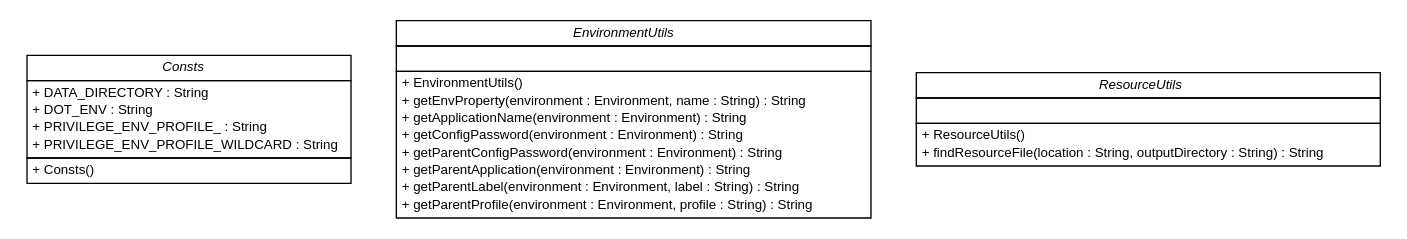
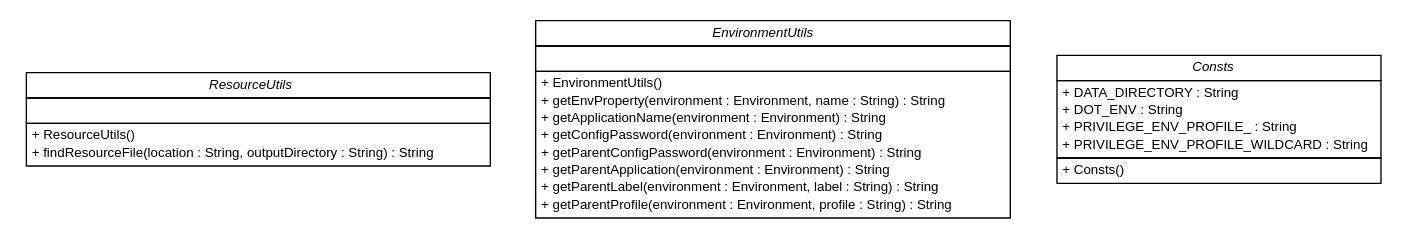
The diagram in release/build-docker/spring-cloud-config/spring-cloud-config-server/apidocs/cn/home1/cloud/config/server/util/cn.home1.cloud.config.server.util.dot (cloud-ready/cloud-ready), drawn with Graphviz before and after one commit. The commit also changed 185 other files, not shown here.

Commit message:
Creating site for spring-cloud-config-server-1.0.1.U1

```diff
--- a/release/build-docker/spring-cloud-config/spring-cloud-config-server/apidocs/cn/home1/cloud/config/server/util/cn.home1.cloud.config.server.util.dot
+++ b/release/build-docker/spring-cloud-config/spring-cloud-config-server/apidocs/cn/home1/cloud/config/server/util/cn.home1.cloud.config.server.util.dot
@@ -1,59 +1,59 @@
 #!/usr/local/bin/dot
 #
 # Class diagram 
 # Generated by UMLGraph version R5_6-24-gf6e263 (http://www.umlgraph.org/)
 #
 
 digraph G {
 	edge [fontname="Helvetica",fontsize=10,labelfontname="Helvetica",labelfontsize=10];
 	node [fontname="Helvetica",fontsize=10,shape=plaintext];
 	nodesep=0.25;
 	ranksep=0.5;
-	// cn.home1.cloud.config.server.util.Consts
-	c0 [label=<<table title="cn.home1.cloud.config.server.util.Consts" border="0" cellborder="1" cellspacing="0" cellpadding="2" port="p" href="./Consts.html">
+	// cn.home1.cloud.config.server.util.ResourceUtils
+	c19 [label=<<table title="cn.home1.cloud.config.server.util.ResourceUtils" border="0" cellborder="1" cellspacing="0" cellpadding="2" port="p" href="./ResourceUtils.html">
 		<tr><td><table border="0" cellspacing="0" cellpadding="1">
-<tr><td align="center" balign="center"><font face="Helvetica-Oblique"> Consts </font></td></tr>
+<tr><td align="center" balign="center"><font face="Helvetica-Oblique"> ResourceUtils </font></td></tr>
 		</table></td></tr>
 		<tr><td><table border="0" cellspacing="0" cellpadding="1">
-<tr><td align="left" balign="left"> + DATA_DIRECTORY : String </td></tr>
-<tr><td align="left" balign="left"> + DOT_ENV : String </td></tr>
-<tr><td align="left" balign="left"> + PRIVILEGE_ENV_PROFILE_ : String </td></tr>
-<tr><td align="left" balign="left"> + PRIVILEGE_ENV_PROFILE_WILDCARD : String </td></tr>
+<tr><td align="left" balign="left">  </td></tr>
 		</table></td></tr>
 		<tr><td><table border="0" cellspacing="0" cellpadding="1">
-<tr><td align="left" balign="left"> + Consts() </td></tr>
+<tr><td align="left" balign="left"> + ResourceUtils() </td></tr>
+<tr><td align="left" balign="left"> + findResourceFile(location : String, outputDirectory : String) : String </td></tr>
 		</table></td></tr>
-		</table>>, URL="./Consts.html", fontname="Helvetica", fontcolor="black", fontsize=10.0];
+		</table>>, URL="./ResourceUtils.html", fontname="Helvetica", fontcolor="black", fontsize=10.0];
 	// cn.home1.cloud.config.server.util.EnvironmentUtils
-	c1 [label=<<table title="cn.home1.cloud.config.server.util.EnvironmentUtils" border="0" cellborder="1" cellspacing="0" cellpadding="2" port="p" href="./EnvironmentUtils.html">
+	c20 [label=<<table title="cn.home1.cloud.config.server.util.EnvironmentUtils" border="0" cellborder="1" cellspacing="0" cellpadding="2" port="p" href="./EnvironmentUtils.html">
 		<tr><td><table border="0" cellspacing="0" cellpadding="1">
 <tr><td align="center" balign="center"><font face="Helvetica-Oblique"> EnvironmentUtils </font></td></tr>
 		</table></td></tr>
 		<tr><td><table border="0" cellspacing="0" cellpadding="1">
 <tr><td align="left" balign="left">  </td></tr>
 		</table></td></tr>
 		<tr><td><table border="0" cellspacing="0" cellpadding="1">
 <tr><td align="left" balign="left"> + EnvironmentUtils() </td></tr>
 <tr><td align="left" balign="left"> + getEnvProperty(environment : Environment, name : String) : String </td></tr>
 <tr><td align="left" balign="left"> + getApplicationName(environment : Environment) : String </td></tr>
 <tr><td align="left" balign="left"> + getConfigPassword(environment : Environment) : String </td></tr>
 <tr><td align="left" balign="left"> + getParentConfigPassword(environment : Environment) : String </td></tr>
 <tr><td align="left" balign="left"> + getParentApplication(environment : Environment) : String </td></tr>
 <tr><td align="left" balign="left"> + getParentLabel(environment : Environment, label : String) : String </td></tr>
 <tr><td align="left" balign="left"> + getParentProfile(environment : Environment, profile : String) : String </td></tr>
 		</table></td></tr>
 		</table>>, URL="./EnvironmentUtils.html", fontname="Helvetica", fontcolor="black", fontsize=10.0];
-	// cn.home1.cloud.config.server.util.ResourceUtils
-	c2 [label=<<table title="cn.home1.cloud.config.server.util.ResourceUtils" border="0" cellborder="1" cellspacing="0" cellpadding="2" port="p" href="./ResourceUtils.html">
+	// cn.home1.cloud.config.server.util.Consts
+	c21 [label=<<table title="cn.home1.cloud.config.server.util.Consts" border="0" cellborder="1" cellspacing="0" cellpadding="2" port="p" href="./Consts.html">
 		<tr><td><table border="0" cellspacing="0" cellpadding="1">
-<tr><td align="center" balign="center"><font face="Helvetica-Oblique"> ResourceUtils </font></td></tr>
+<tr><td align="center" balign="center"><font face="Helvetica-Oblique"> Consts </font></td></tr>
 		</table></td></tr>
 		<tr><td><table border="0" cellspacing="0" cellpadding="1">
-<tr><td align="left" balign="left">  </td></tr>
+<tr><td align="left" balign="left"> + DATA_DIRECTORY : String </td></tr>
+<tr><td align="left" balign="left"> + DOT_ENV : String </td></tr>
+<tr><td align="left" balign="left"> + PRIVILEGE_ENV_PROFILE_ : String </td></tr>
+<tr><td align="left" balign="left"> + PRIVILEGE_ENV_PROFILE_WILDCARD : String </td></tr>
 		</table></td></tr>
 		<tr><td><table border="0" cellspacing="0" cellpadding="1">
-<tr><td align="left" balign="left"> + ResourceUtils() </td></tr>
-<tr><td align="left" balign="left"> + findResourceFile(location : String, outputDirectory : String) : String </td></tr>
+<tr><td align="left" balign="left"> + Consts() </td></tr>
 		</table></td></tr>
-		</table>>, URL="./ResourceUtils.html", fontname="Helvetica", fontcolor="black", fontsize=10.0];
+		</table>>, URL="./Consts.html", fontname="Helvetica", fontcolor="black", fontsize=10.0];
 }
```
